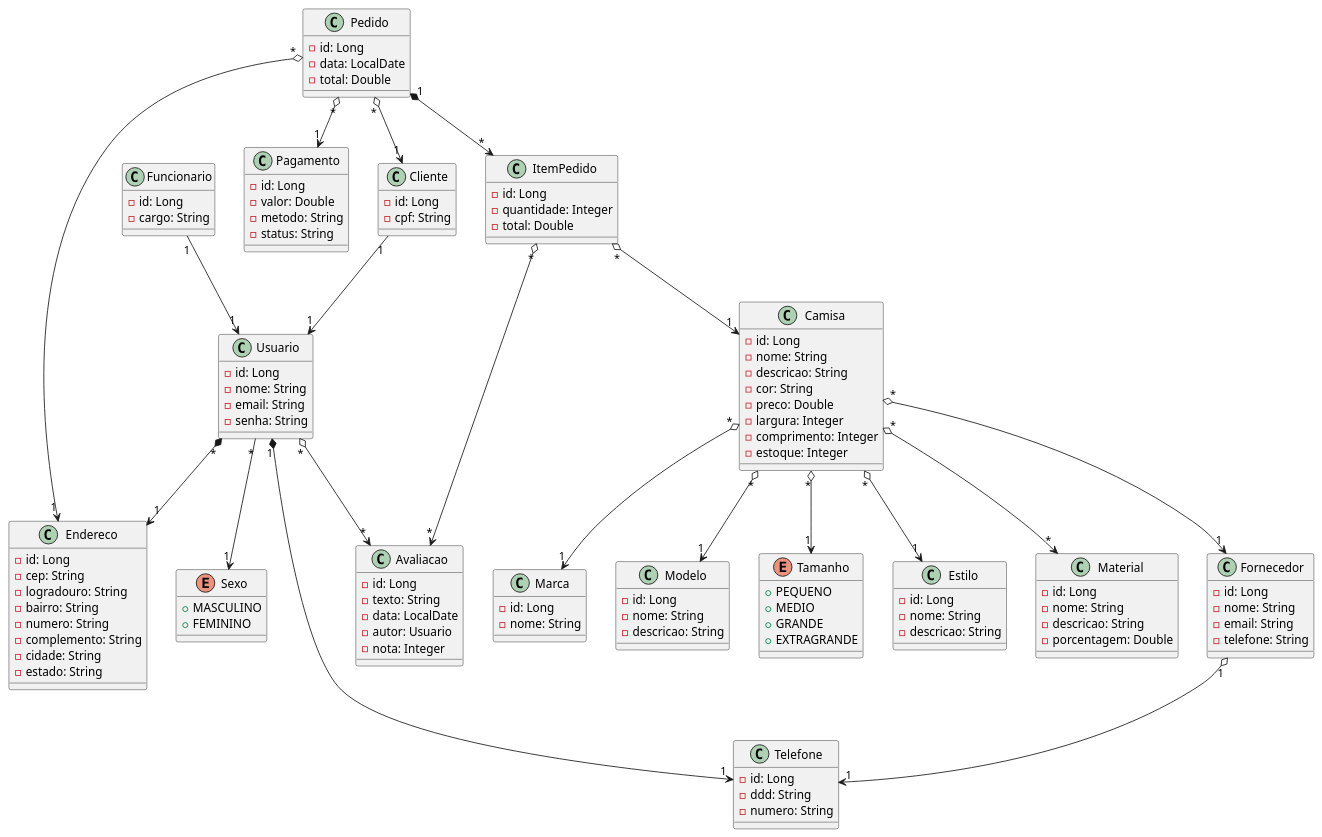
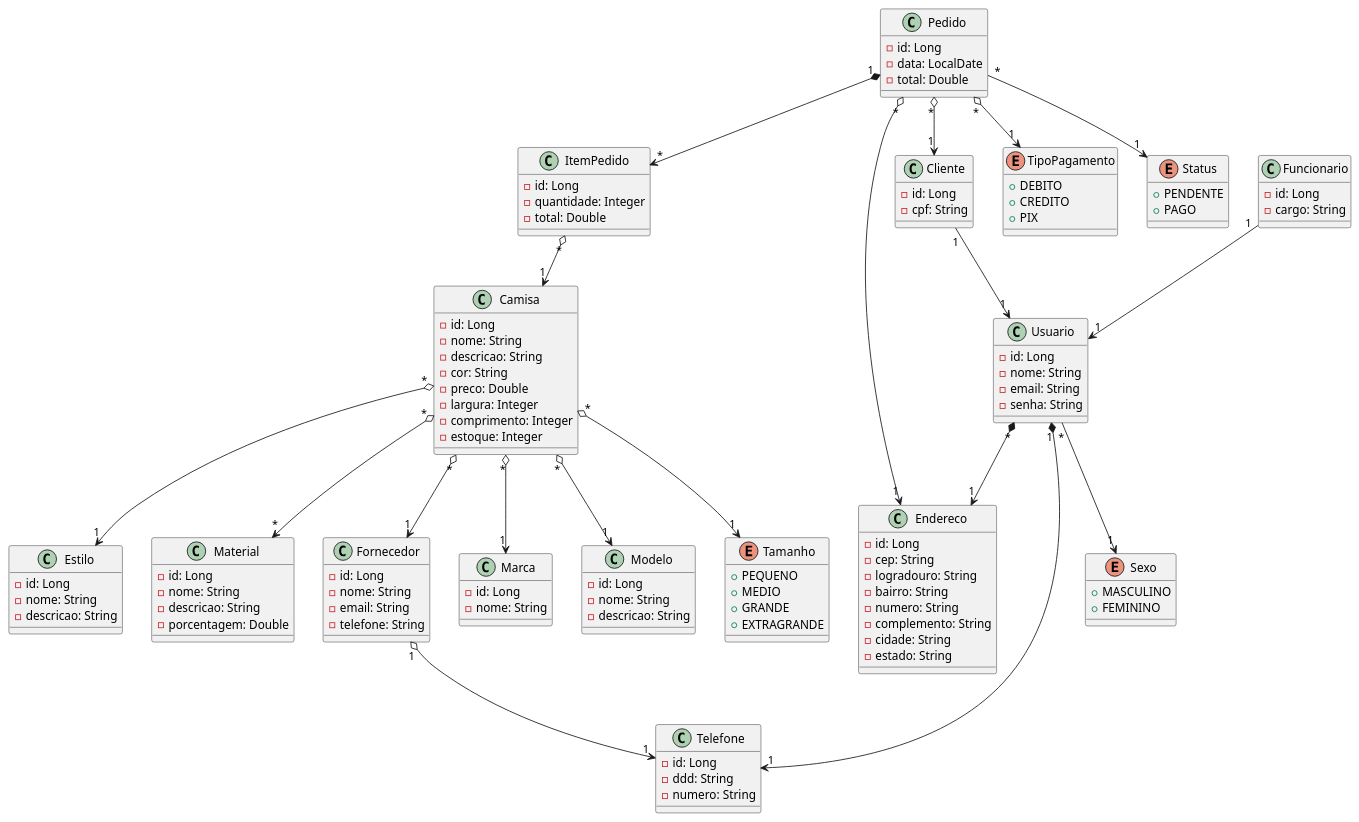
The diagram in uml.plantuml (MenesesErick/e-commerce_camisa), drawn with PlantUML before and after one commit. The commit also changed 45 other files, not shown here.

```diff
--- a/uml.plantuml
+++ b/uml.plantuml
@@ -1,152 +1,148 @@
 @startuml
 
 ' Pedido
 class Pedido {
     - id: Long
     - data: LocalDate
     - total: Double
 }
 
 class ItemPedido {
     - id: Long
     - quantidade: Integer
     - total: Double
 }
 
 ' Usuario
 class Usuario {
     - id: Long
     - nome: String
     - email: String
     - senha: String
 }
 
 class Cliente {
     - id: Long
     - cpf: String
 }
 
 class Funcionario {
     - id: Long
     - cargo: String
 }
 
 class Endereco {
     - id: Long
     - cep: String
     - logradouro: String
     - bairro: String
     - numero: String
     - complemento: String
     - cidade: String
     - estado: String
 }
 
 class Telefone {
     - id: Long
     - ddd: String
     - numero: String
 }
 
 ' Camisa
 
 class Camisa {
     - id: Long
     - nome: String
     - descricao: String
     - cor: String
     - preco: Double
     - largura: Integer
     - comprimento: Integer
     - estoque: Integer
 }
 
 class Estilo {
     - id: Long
     - nome: String
     - descricao: String
 }
 
 class Material {
     - id: Long
     - nome: String
     - descricao: String
     - porcentagem: Double
 }
 
 class Fornecedor {
     - id: Long
     - nome: String
     - email: String
     - telefone: String
 }
 
 enum Sexo {
     + MASCULINO
     + FEMININO
 }
 
 ' Novas Classes
 
-class Pagamento {
-    - id: Long
-    - valor: Double
-    - metodo: String
-    - status: String
+enum TipoPagamento {
+    + DEBITO
+    + CREDITO
+    + PIX
 }
 
-class Avaliacao {
-    - id: Long
-    - texto: String
-    - data: LocalDate
-    - autor: Usuario
-    - nota: Integer
+enum Status{
+    + PENDENTE
+    + PAGO
 }
 
 class Marca {
     - id: Long
     - nome: String
 }
 
 class Modelo {
     - id: Long
     - nome: String
     - descricao: String
 }
 
 Enum Tamanho {
     + PEQUENO
     + MEDIO
     + GRANDE
     + EXTRAGRANDE
 }
 
 ' Relacionamentos
 
-Pedido "*" o--> "1" Pagamento
-ItemPedido "*" o--> "*" Avaliacao
-Usuario "*" o--> "*" Avaliacao
+Pedido "*" o--> "1" TipoPagamento
+Pedido "*" --> "1" Status
+
 
 Pedido "1" *--> "*" ItemPedido
 Pedido "*" o--> "1" Cliente
 Pedido "*" o--> "1" Endereco
 ItemPedido "*" o--> "1" Camisa
 
 Usuario "*" *--> "1" Endereco
 Usuario "1" *--> "1" Telefone
 
 Camisa "*" o--> "1" Tamanho
 Camisa "*" o--> "1" Estilo
 Camisa "*" o--> "*" Material
 Camisa "*" o--> "1" Fornecedor
 
 Camisa "*" o--> "1" Marca
 Camisa "*" o--> "1" Modelo
 
 Fornecedor "1" o--> "1" Telefone
 
 Cliente "1"--> "1" Usuario
 Usuario "*" --> "1" Sexo
 Funcionario "1"--> "1" Usuario
 
 @enduml
```
